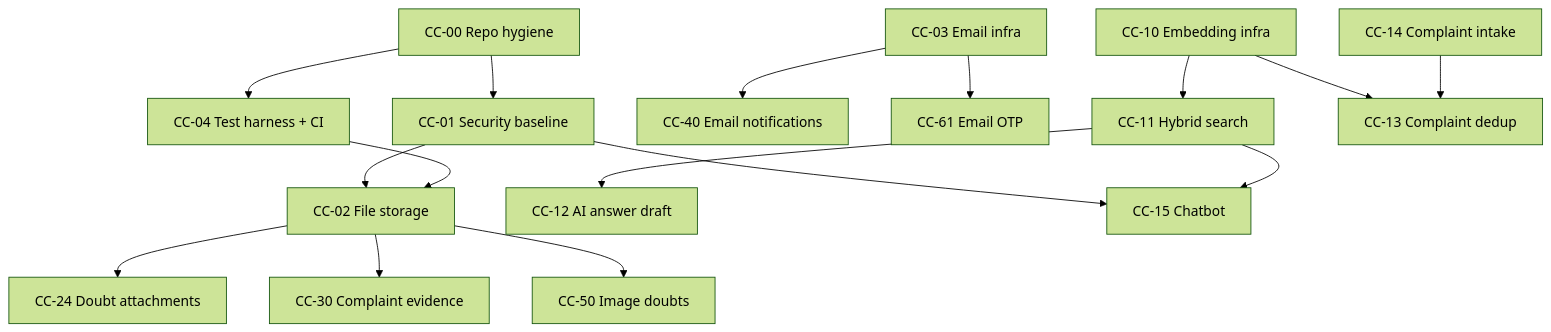
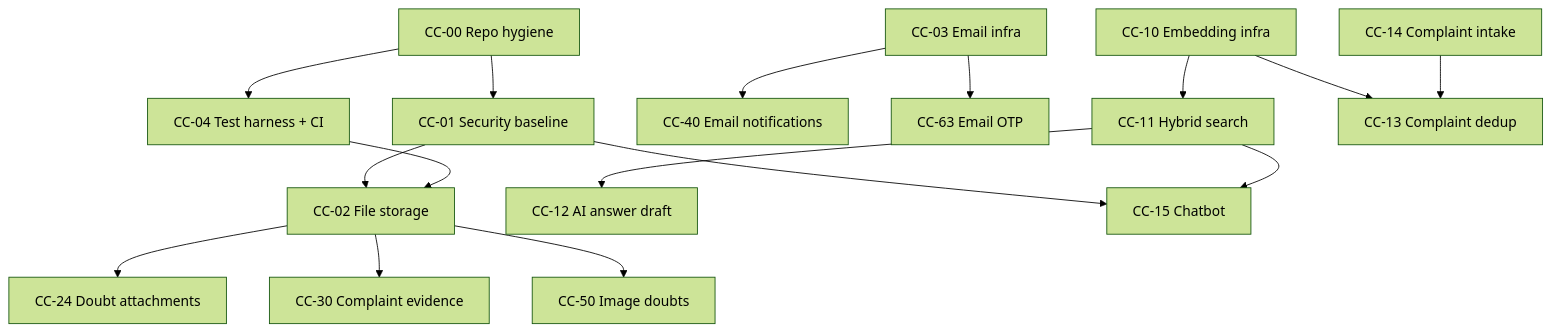
One commit to rupeshv2121/campus_cure_backend changed the diagram in docs/ROADMAP.md. Above: the diagram before and after it, drawn with Mermaid (forest theme). The commit also changed other lines of this file and 1 other file, not shown here.

Commit message:
docs: CC-22 is merged, and CC-61 in the graph was CC-63
Two stale entries. The spec index still showed CC-22 pending review after it
merged, and the dependency graph labelled node CC61 "Email OTP" while the
Phase 6 table gives CC-61 to the audit log and CC-63 to email OTP - so the
graph drew an edge from CC-03 to the wrong feature.

````diff
--- a/docs/ROADMAP.md
+++ b/docs/ROADMAP.md
@@ -36,18 +36,18 @@
 ```mermaid
 graph TD
   CC00[CC-00 Repo hygiene] --> CC01[CC-01 Security baseline]
   CC00 --> CC04[CC-04 Test harness + CI]
   CC01 --> CC02[CC-02 File storage]
   CC04 --> CC02
   CC02 --> CC24[CC-24 Doubt attachments]
   CC02 --> CC30[CC-30 Complaint evidence]
   CC02 --> CC50[CC-50 Image doubts]
   CC03[CC-03 Email infra] --> CC40[CC-40 Email notifications]
-  CC03 --> CC61[CC-61 Email OTP]
+  CC03 --> CC63[CC-63 Email OTP]
   CC10[CC-10 Embedding infra] --> CC11[CC-11 Hybrid search]
   CC10 --> CC13[CC-13 Complaint dedup]
   CC11 --> CC12[CC-12 AI answer draft]
   CC14[CC-14 Complaint intake] --> CC13
   CC01 --> CC15[CC-15 Chatbot]
   CC11 --> CC15
 ```
````
